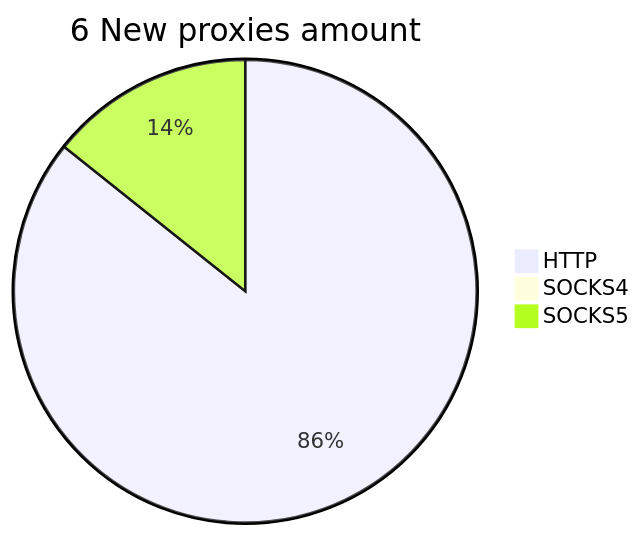
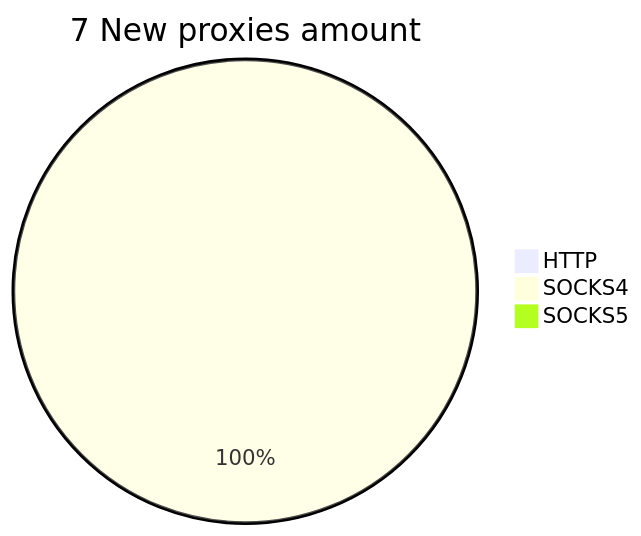
One commit to cutipu/proxylist changed the second of 2 diagrams in README.md. Above: the diagram before and after it, drawn with Mermaid. The commit also changed other lines of this file, not shown here.

````diff
--- a/README.md
+++ b/README.md
@@ -10,6 +10,6 @@
 ```mermaid
-pie title 6 New proxies amount
-    "HTTP" : 6
-    "SOCKS4" : 0
-    "SOCKS5" : 1
+pie title 7 New proxies amount
+    "HTTP" : 0
+    "SOCKS4" : 7
+    "SOCKS5" : 0
 ```
````
